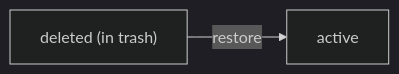
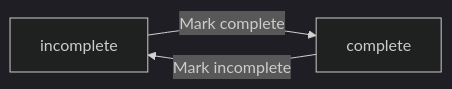
Before and after one commit to wrtnlabs/autobe-examples: the second of 4 diagrams in openai/gpt-5.4-nano/todo/docs/analysis/02-domain-model.md, drawn with Mermaid (dark theme). The commit also changed other lines of this file and 457 other files, not shown here.

````diff
--- a/openai/gpt-5.4-nano/todo/docs/analysis/02-domain-model.md
+++ b/openai/gpt-5.4-nano/todo/docs/analysis/02-domain-model.md
@@ -376,4 +510,5 @@
 ```mermaid
 flowchart LR
-    A["deleted (in trash)"] -->|"restore"| B["active"]
+    A["incomplete"] -->|"Mark complete"| B["complete"]
+    B -->|"Mark incomplete"| A
 ```
````
